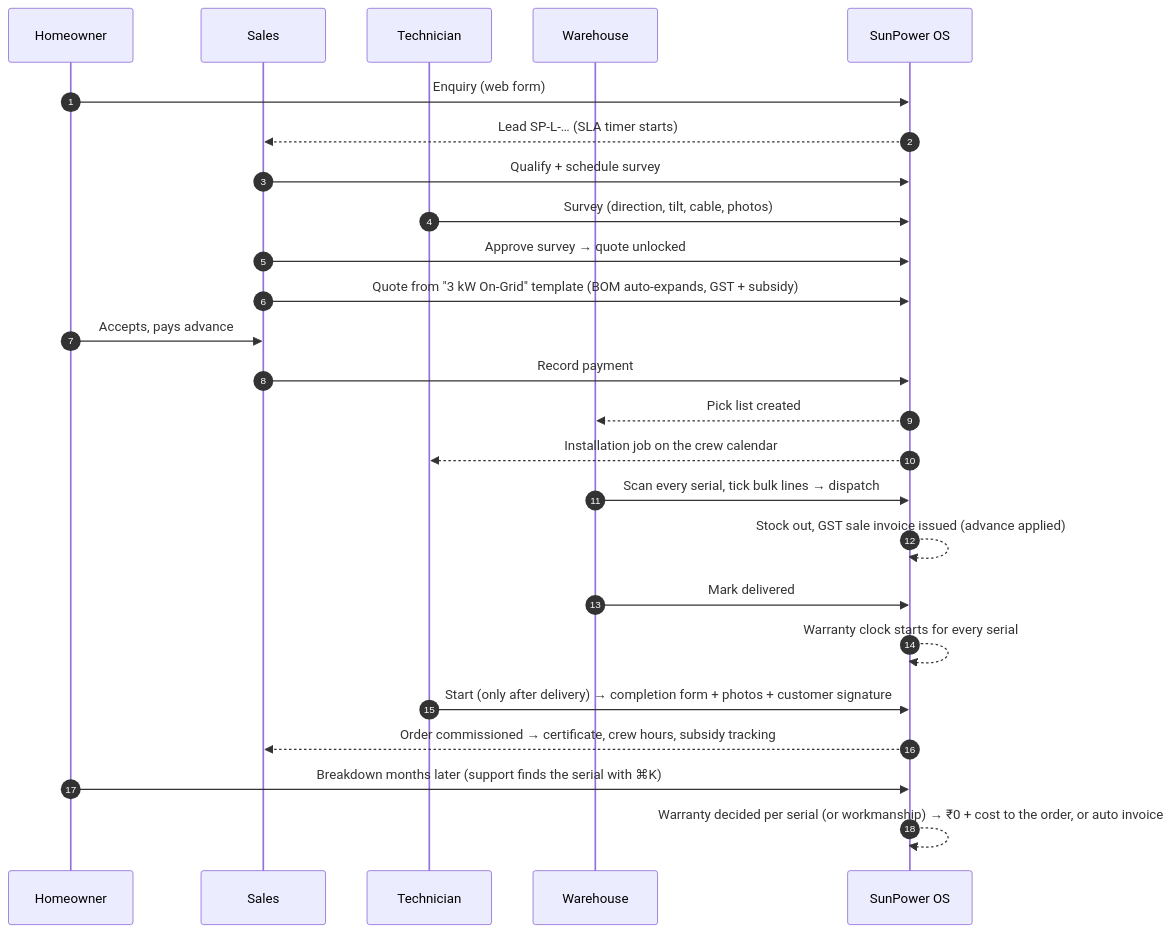
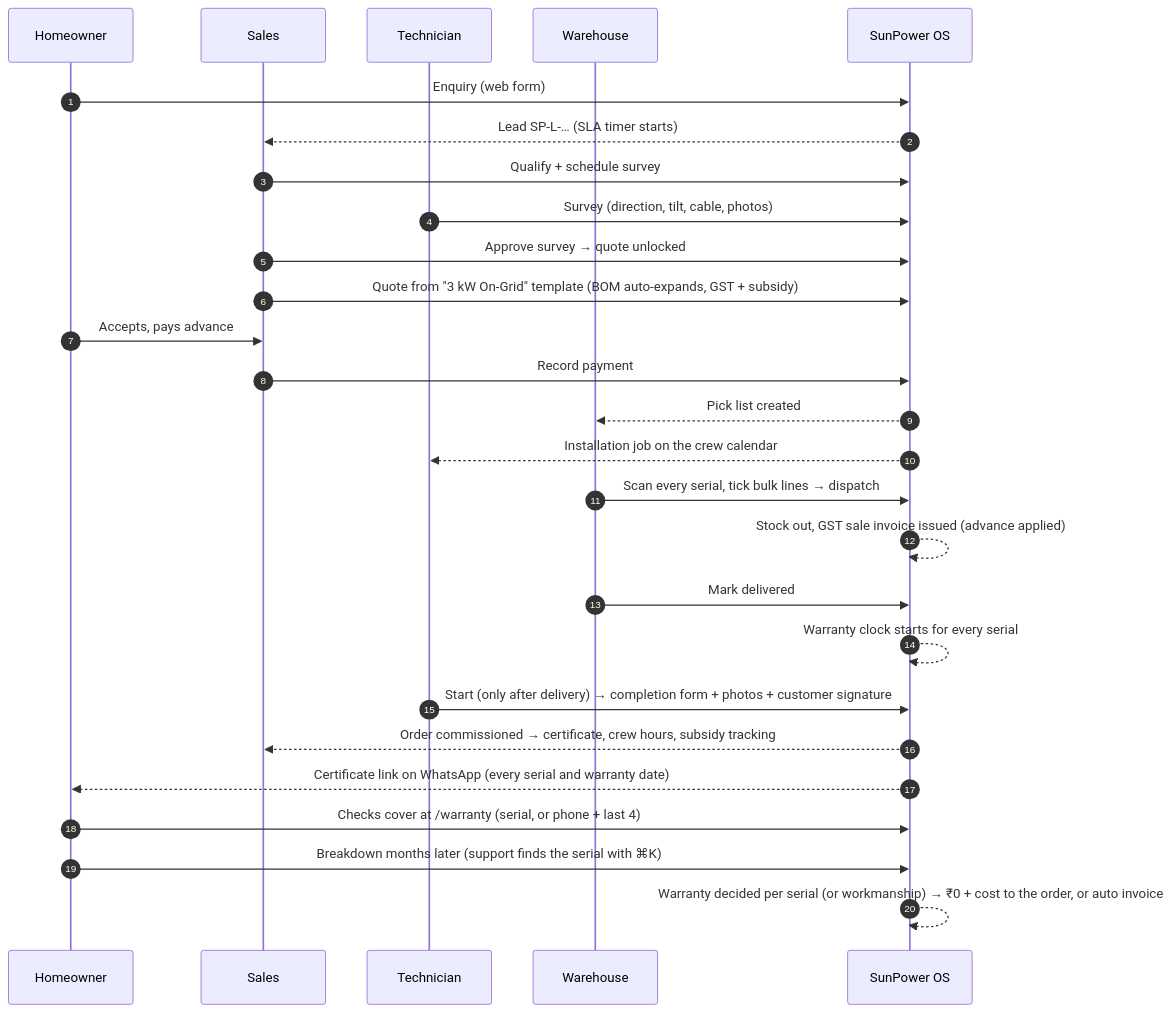
One commit to hanvithSai/sunpower changed the fourth of 6 diagrams in engineering/Architecture.md. Above: the diagram before and after it, drawn with Mermaid. The commit also changed other lines of this file, not shown here.

Commit message:
Updated architecture automations, gates and privacy

````diff
--- a/engineering/Architecture.md
+++ b/engineering/Architecture.md
@@ -88,27 +88,29 @@
 ```mermaid
 sequenceDiagram
   autonumber
   participant C as Homeowner
   participant Sales
   participant Tech as Technician
   participant WH as Warehouse
   participant Sys as SunPower OS
   C->>Sys: Enquiry (web form)
   Sys-->>Sales: Lead SP-L-… (SLA timer starts)
   Sales->>Sys: Qualify + schedule survey
   Tech->>Sys: Survey (direction, tilt, cable, photos)
   Sales->>Sys: Approve survey → quote unlocked
   Sales->>Sys: Quote from "3 kW On-Grid" template (BOM auto-expands, GST + subsidy)
   C->>Sales: Accepts, pays advance
   Sales->>Sys: Record payment
   Sys-->>WH: Pick list created
   Sys-->>Tech: Installation job on the crew calendar
   WH->>Sys: Scan every serial, tick bulk lines → dispatch
   Sys-->>Sys: Stock out, GST sale invoice issued (advance applied)
   WH->>Sys: Mark delivered
   Sys-->>Sys: Warranty clock starts for every serial
   Tech->>Sys: Start (only after delivery) → completion form + photos + customer signature
   Sys-->>Sales: Order commissioned → certificate, crew hours, subsidy tracking
+  Sys-->>C: Certificate link on WhatsApp (every serial and warranty date)
+  C->>Sys: Checks cover at /warranty (serial, or phone + last 4)
   C->>Sys: Breakdown months later (support finds the serial with ⌘K)
   Sys-->>Sys: Warranty decided per serial (or workmanship) → ₹0 + cost to the order, or auto invoice
 ```
````
